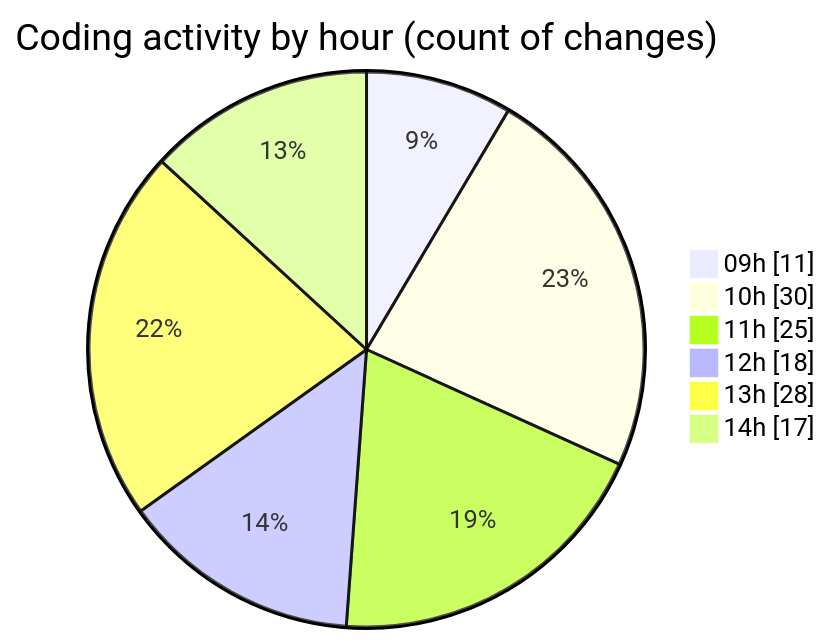
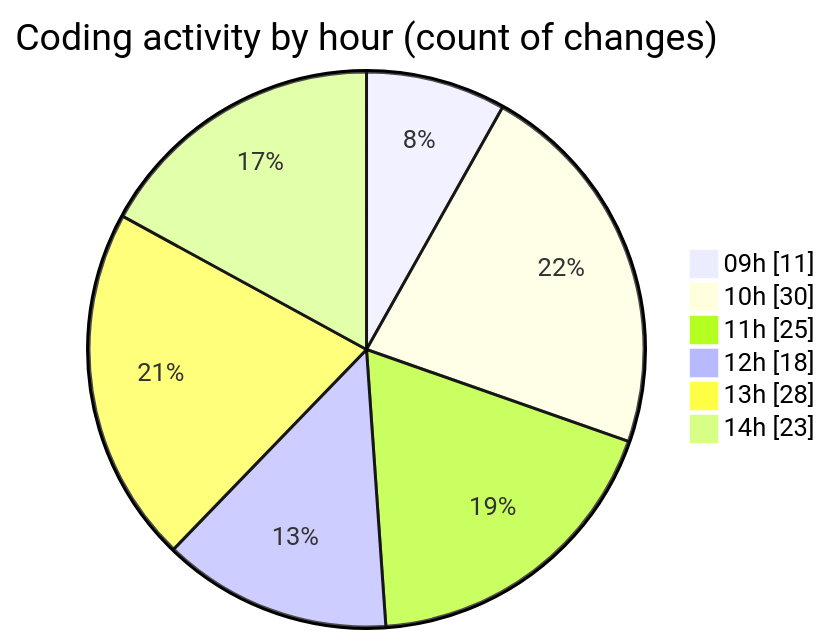
The second of 2 diagrams in 2025-06-24/cda/README.md (momahboobian/code-tracking), drawn with Mermaid before and after one commit. The commit also changed other lines of this file and 1 other file, not shown here.

````diff
--- a/2025-06-24/cda/README.md
+++ b/2025-06-24/cda/README.md
@@ -32,10 +32,10 @@
 ```mermaid
 pie showData
 title Coding activity by hour (count of changes)
 "09h" : 11
 "10h" : 30
 "11h" : 25
 "12h" : 18
 "13h" : 28
-"14h" : 17
+"14h" : 23
 ```
````
